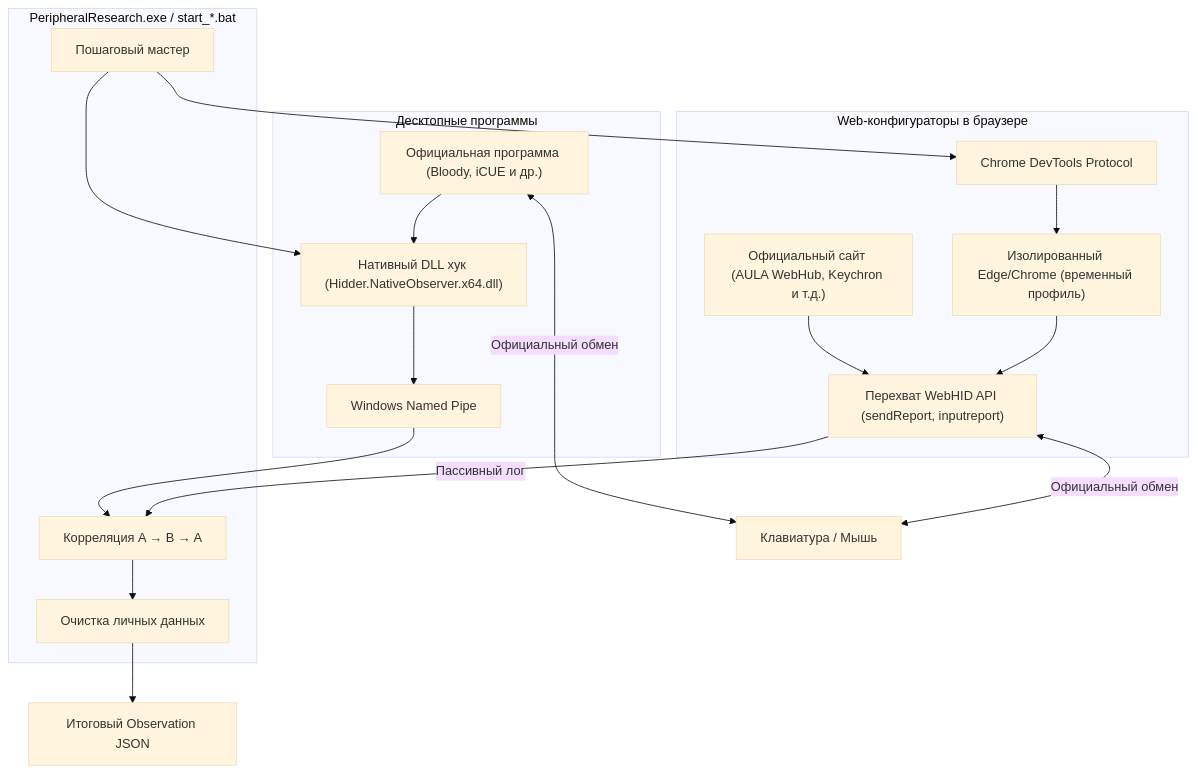
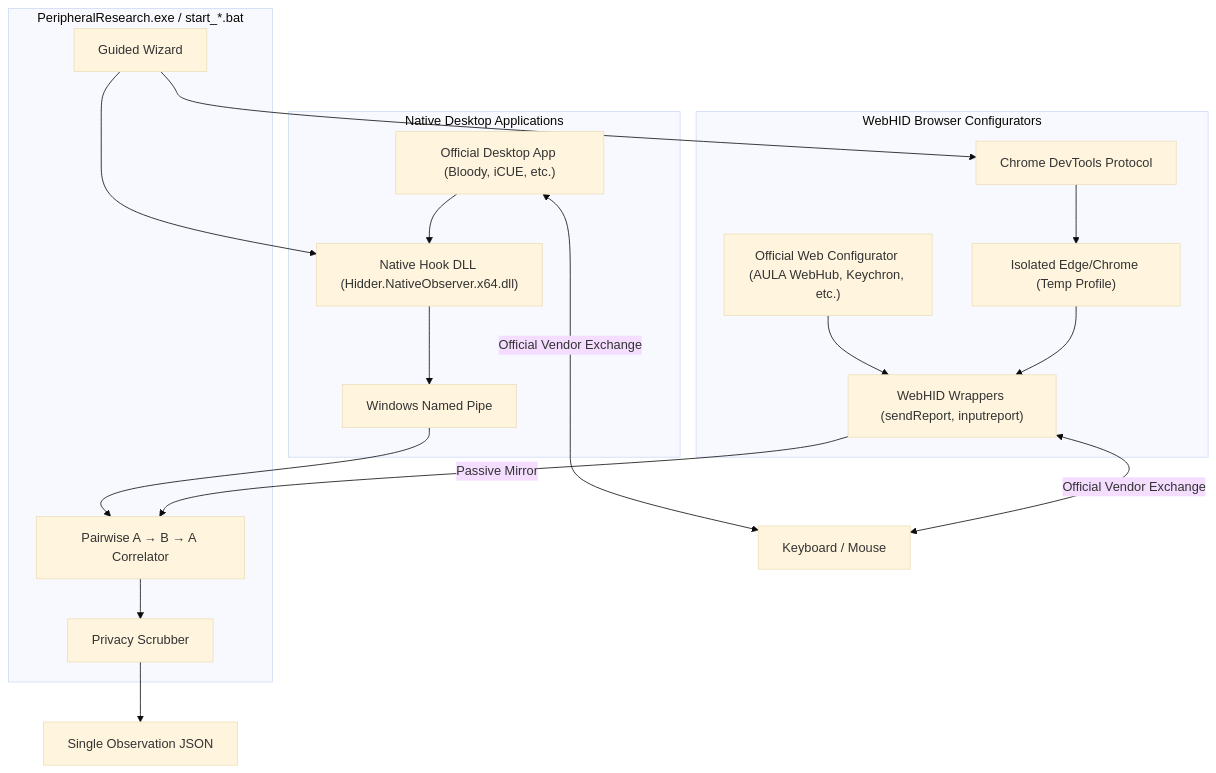
The diagram in README.md (Phnem/Hidder), drawn with Mermaid (base theme) before and after one commit. The commit also changed other lines of this file, not shown here.

````diff
--- a/README.md
+++ b/README.md
@@ -66,39 +66,39 @@
 ```mermaid
 graph TD
     subgraph Hidder ["PeripheralResearch.exe / start_*.bat"]
-        Wizard[Пошаговый мастер]
-        Correlator[Корреляция A → B → A]
-        Privacy[Очистка личных данных]
+        Wizard[Guided Wizard]
+        Correlator[Pairwise A → B → A Correlator]
+        Privacy[Privacy Scrubber]
     end
 
-    subgraph WebHID_Mode ["Web-конфигураторы в браузере"]
+    subgraph WebHID_Mode ["WebHID Browser Configurators"]
         CDP[Chrome DevTools Protocol]
-        Browser["Изолированный Edge/Chrome (временный профиль)"]
-        JSHooks["Перехват WebHID API (sendReport, inputreport)"]
-        WebVendor["Официальный сайт (AULA WebHub, Keychron и т.д.)"]
+        Browser["Isolated Edge/Chrome (Temp Profile)"]
+        JSHooks["WebHID Wrappers (sendReport, inputreport)"]
+        WebVendor["Official Web Configurator (AULA WebHub, Keychron, etc.)"]
     end
 
-    subgraph Native_Mode ["Десктопные программы"]
-        MinHook["Нативный DLL хук (Hidder.NativeObserver.x64.dll)"]
-        DesktopVendor["Официальная программа (Bloody, iCUE и др.)"]
+    subgraph Native_Mode ["Native Desktop Applications"]
+        MinHook["Native Hook DLL (Hidder.NativeObserver.x64.dll)"]
+        DesktopVendor["Official Desktop App (Bloody, iCUE, etc.)"]
         NamedPipe["Windows Named Pipe"]
     end
 
-    Device[Клавиатура / Мышь]
+    Device[Keyboard / Mouse]
 
     Wizard --> CDP
     CDP --> Browser
     Browser --> JSHooks
     WebVendor --> JSHooks
-    JSHooks -->|Пассивный лог| Correlator
-    JSHooks <-->|Официальный обмен| Device
+    JSHooks -->|Passive Mirror| Correlator
+    JSHooks <-->|Official Vendor Exchange| Device
 
     Wizard --> MinHook
     DesktopVendor --> MinHook
     MinHook --> NamedPipe
     NamedPipe --> Correlator
-    DesktopVendor <-->|Официальный обмен| Device
+    DesktopVendor <-->|Official Vendor Exchange| Device
 
     Correlator --> Privacy
-    Privacy --> JSON[Итоговый Observation JSON]
+    Privacy --> JSON[Single Observation JSON]
 ```
````
